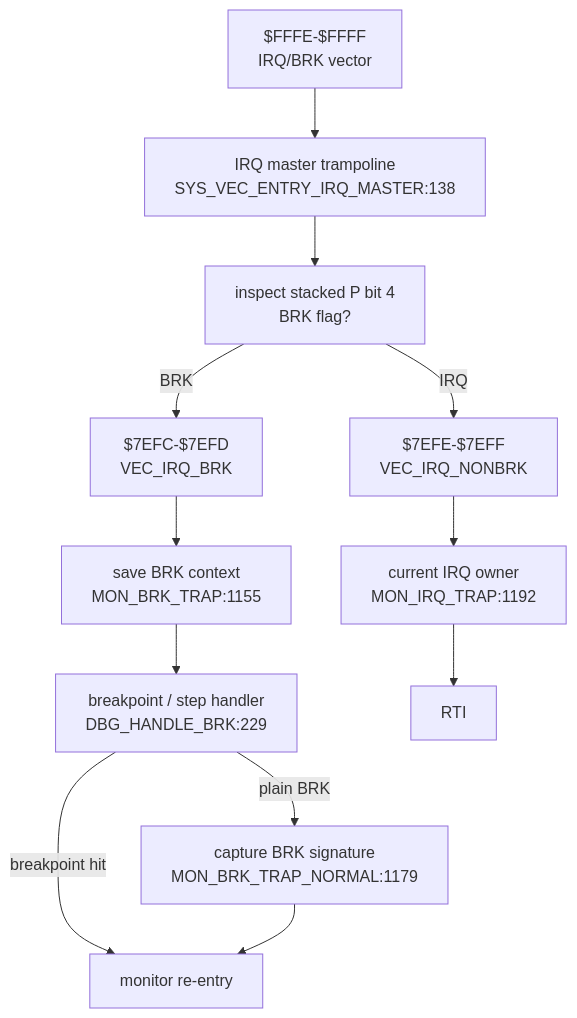
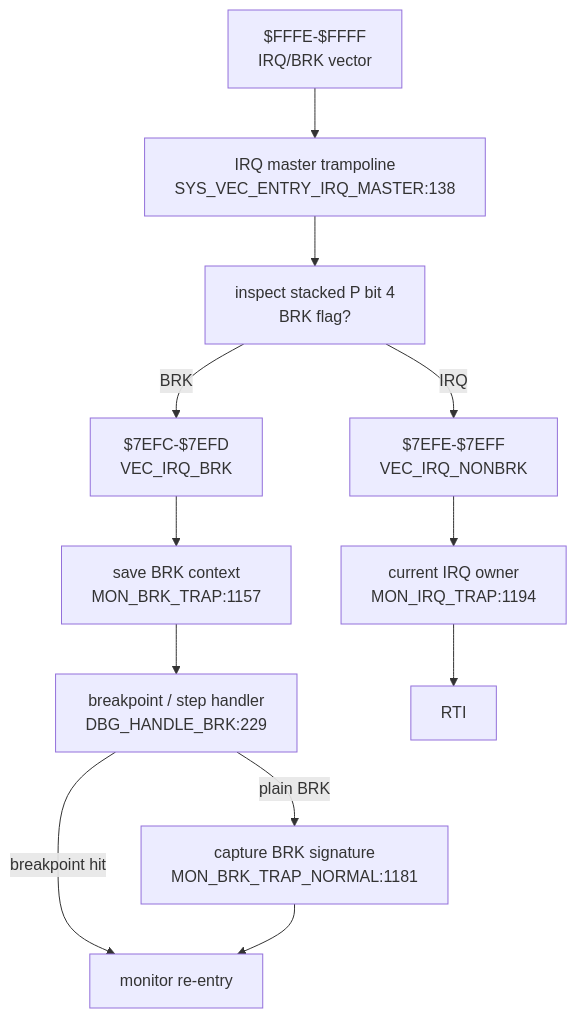
The fifth of 6 diagrams in DOC/GENERATED/INTERRUPT_VECTOR_MAP.md (95westus/R-YORS), drawn with Mermaid before and after one commit. The commit also changed other lines of this file and 33 other files, not shown here.

````diff
--- a/DOC/GENERATED/INTERRUPT_VECTOR_MAP.md
+++ b/DOC/GENERATED/INTERRUPT_VECTOR_MAP.md
@@ -75,14 +75,14 @@
 ```mermaid
 flowchart TD
     IRQV["$FFFE-$FFFF<br/>IRQ/BRK vector"] --> IRQMASTER["IRQ master trampoline<br/>SYS_VEC_ENTRY_IRQ_MASTER:138"]
     IRQMASTER --> SPLIT["inspect stacked P bit 4<br/>BRK flag?"]
     SPLIT -->|BRK| VECBRK["$7EFC-$7EFD<br/>VEC_IRQ_BRK"]
     SPLIT -->|IRQ| VECIRQ["$7EFE-$7EFF<br/>VEC_IRQ_NONBRK"]
-    VECBRK --> BRKTRAP["save BRK context<br/>MON_BRK_TRAP:1155"]
+    VECBRK --> BRKTRAP["save BRK context<br/>MON_BRK_TRAP:1157"]
     BRKTRAP --> DBGBRK["breakpoint / step handler<br/>DBG_HANDLE_BRK:229"]
     DBGBRK -->|breakpoint hit| REENTER["monitor re-entry"]
-    DBGBRK -->|plain BRK| BRKNORMAL["capture BRK signature<br/>MON_BRK_TRAP_NORMAL:1179"]
+    DBGBRK -->|plain BRK| BRKNORMAL["capture BRK signature<br/>MON_BRK_TRAP_NORMAL:1181"]
     BRKNORMAL --> REENTER
-    VECIRQ --> IRQTRAP["current IRQ owner<br/>MON_IRQ_TRAP:1192"]
+    VECIRQ --> IRQTRAP["current IRQ owner<br/>MON_IRQ_TRAP:1194"]
     IRQTRAP --> RTIIRQ["RTI"]
 ```
````
